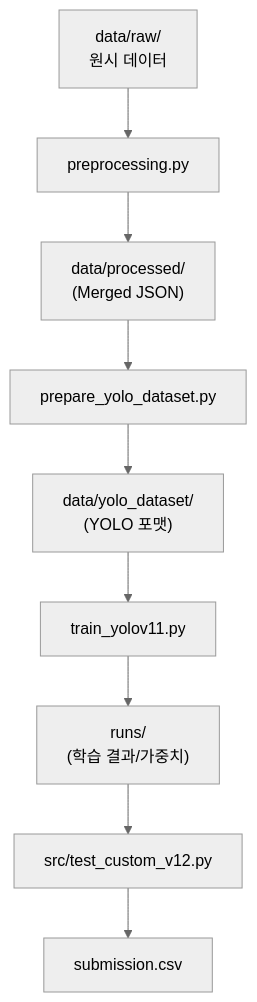
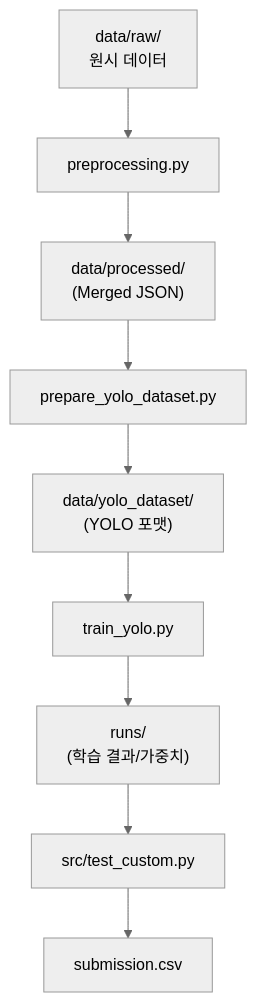
One commit to ahnella2026/PillaTech_team04 changed the diagram in README.md. Above: the diagram before and after it, drawn with Mermaid (neutral theme). The commit also changed other lines of this file and 36 other files, not shown here.

````diff
--- a/README.md
+++ b/README.md
@@ -16,11 +16,11 @@
 ```mermaid
 graph TD
     A["data/raw/<br/>원시 데이터"] --> B[preprocessing.py]
     B --> C["data/processed/<br/>(Merged JSON)"]
     C --> D[prepare_yolo_dataset.py]
     D --> E["data/yolo_dataset/<br/>(YOLO 포맷)"]
-    E --> F[train_yolov11.py]
+    E --> F[train_yolo.py]
     F --> G["runs/<br/>(학습 결과/가중치)"]
-    G --> H[src/test_custom_v12.py]
+    G --> H[src/test_custom.py]
     H --> I[submission.csv]
 ```
````
